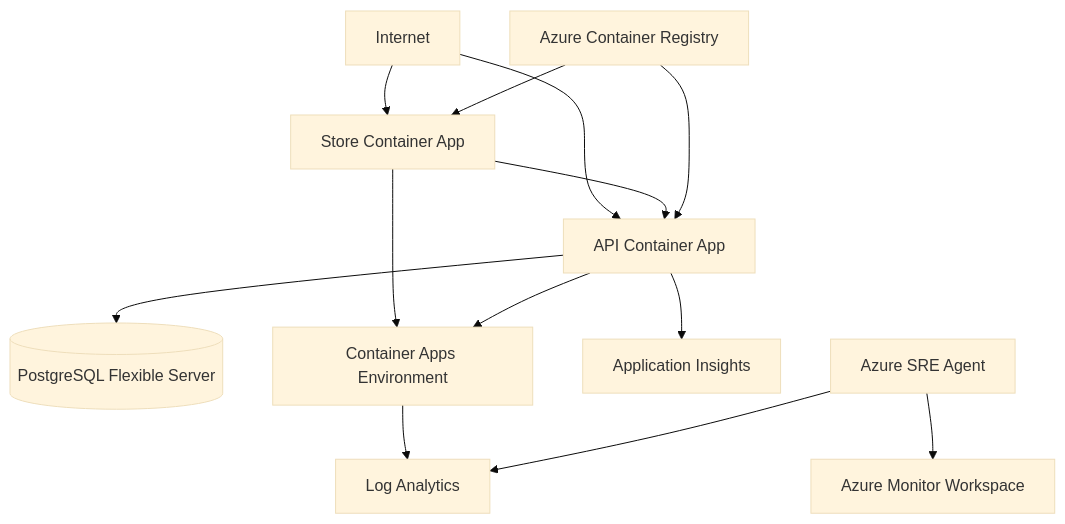
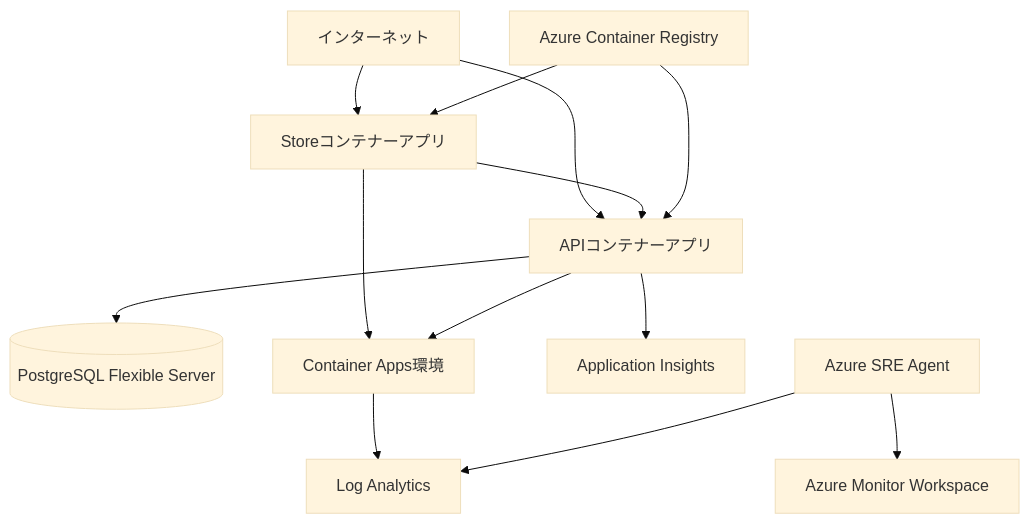
One commit to mahya8585/SRE-agent-demo changed the second of 2 diagrams in docs/system-overview.md. Above: the diagram before and after it, drawn with Mermaid (base theme). The commit also changed other lines of this file and 11 other files, not shown here.

````diff
--- a/docs/system-overview.md
+++ b/docs/system-overview.md
@@ -113,15 +113,15 @@
 ```mermaid
 flowchart TB
-    Internet[Internet] --> StoreCA[Store Container App]
-    Internet --> ApiCA[API Container App]
+  Internet[インターネット] --> StoreCA[Storeコンテナーアプリ]
+  Internet --> ApiCA[APIコンテナーアプリ]
     StoreCA --> ApiCA
     ApiCA --> PG[(PostgreSQL Flexible Server)]
     ACR[Azure Container Registry] --> StoreCA
     ACR --> ApiCA
-    StoreCA --> CAE[Container Apps Environment]
+    StoreCA --> CAE[Container Apps環境]
     ApiCA --> CAE
     CAE --> LAW[Log Analytics]
     ApiCA --> AI[Application Insights]
     SRE[Azure SRE Agent] --> AMW[Azure Monitor Workspace]
     SRE --> LAW
 ```
````
